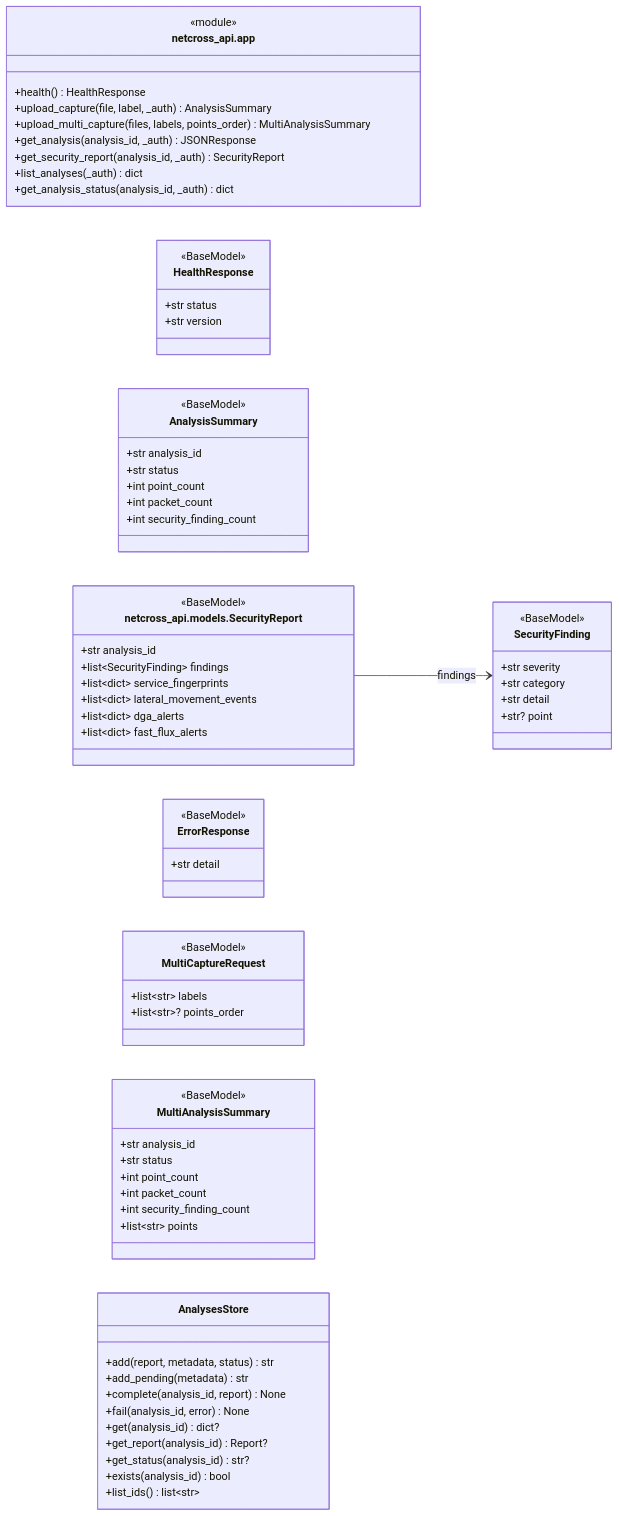
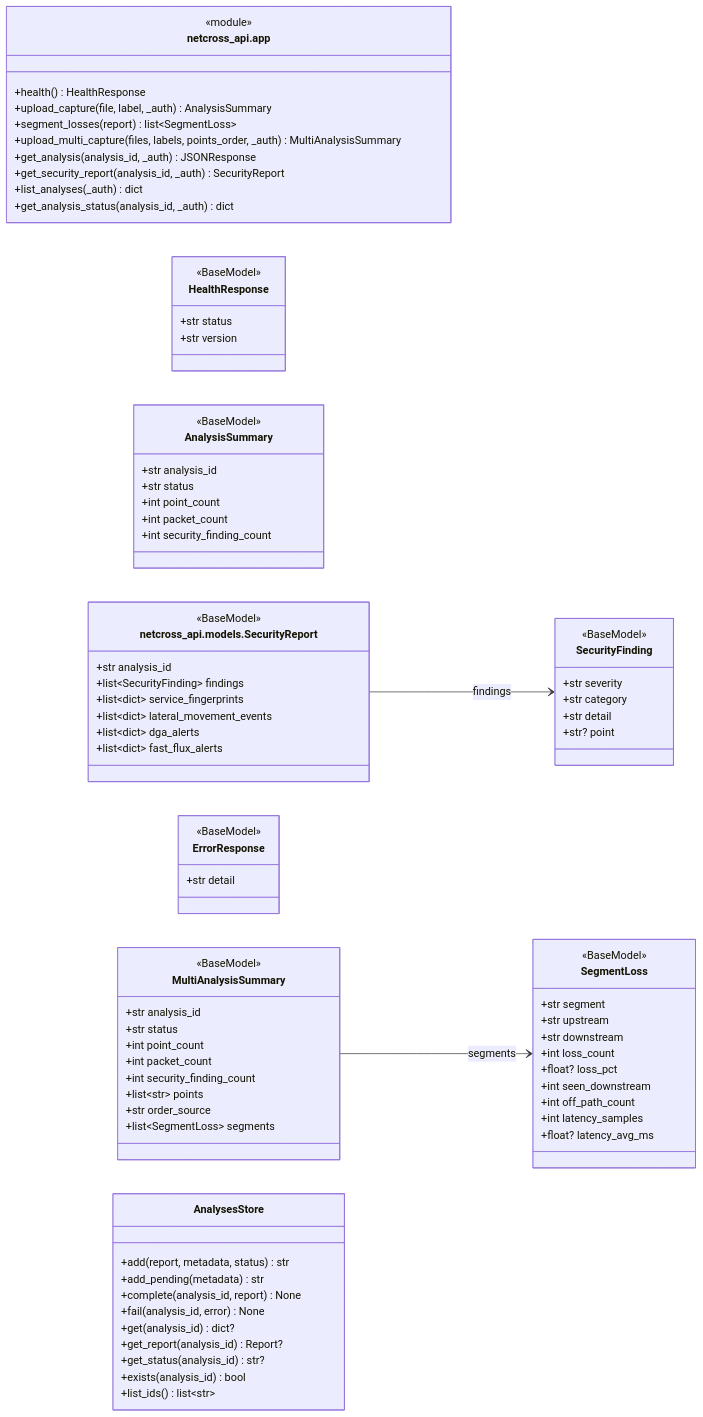
One commit to MathildeDec/Netcross changed diagram 17 of 19 in docs/class-diagram.md. Above: the diagram before and after it, drawn with Mermaid. The commit also changed other lines of this file and 5 other files, not shown here.

First line of the commit message:
feat(#354): API multi-points -- etiquettes validees, pertes par segment

````diff
--- a/docs/class-diagram.md
+++ b/docs/class-diagram.md
@@ -3720,7 +3720,8 @@
         <<module>>
         +health() HealthResponse
         +upload_capture(file, label, _auth) AnalysisSummary
-        +upload_multi_capture(files, labels, points_order) MultiAnalysisSummary
+        +segment_losses(report) list~SegmentLoss~
+        +upload_multi_capture(files, labels, points_order, _auth) MultiAnalysisSummary
         +get_analysis(analysis_id, _auth) JSONResponse
         +get_security_report(analysis_id, _auth) SecurityReport
         +list_analyses(_auth) dict
@@ -3761,10 +3762,17 @@
         <<BaseModel>>
         +str detail
     }
-    class MultiCaptureRequest {
+    class SegmentLoss {
         <<BaseModel>>
-        +list~str~ labels
-        +list~str~? points_order
+        +str segment
+        +str upstream
+        +str downstream
+        +int loss_count
+        +float? loss_pct
+        +int seen_downstream
+        +int off_path_count
+        +int latency_samples
+        +float? latency_avg_ms
     }
     class MultiAnalysisSummary {
         <<BaseModel>>
@@ -3774,6 +3782,8 @@
         +int packet_count
         +int security_finding_count
         +list~str~ points
+        +str order_source
+        +list~SegmentLoss~ segments
     }
 
     %% ===== netcross_api.store =====
@@ -3791,4 +3801,5 @@
 
     %% ===== relations =====
     netcross_api_models_SecurityReport --> SecurityFinding : findings
+    MultiAnalysisSummary --> SegmentLoss : segments
 ```
````
